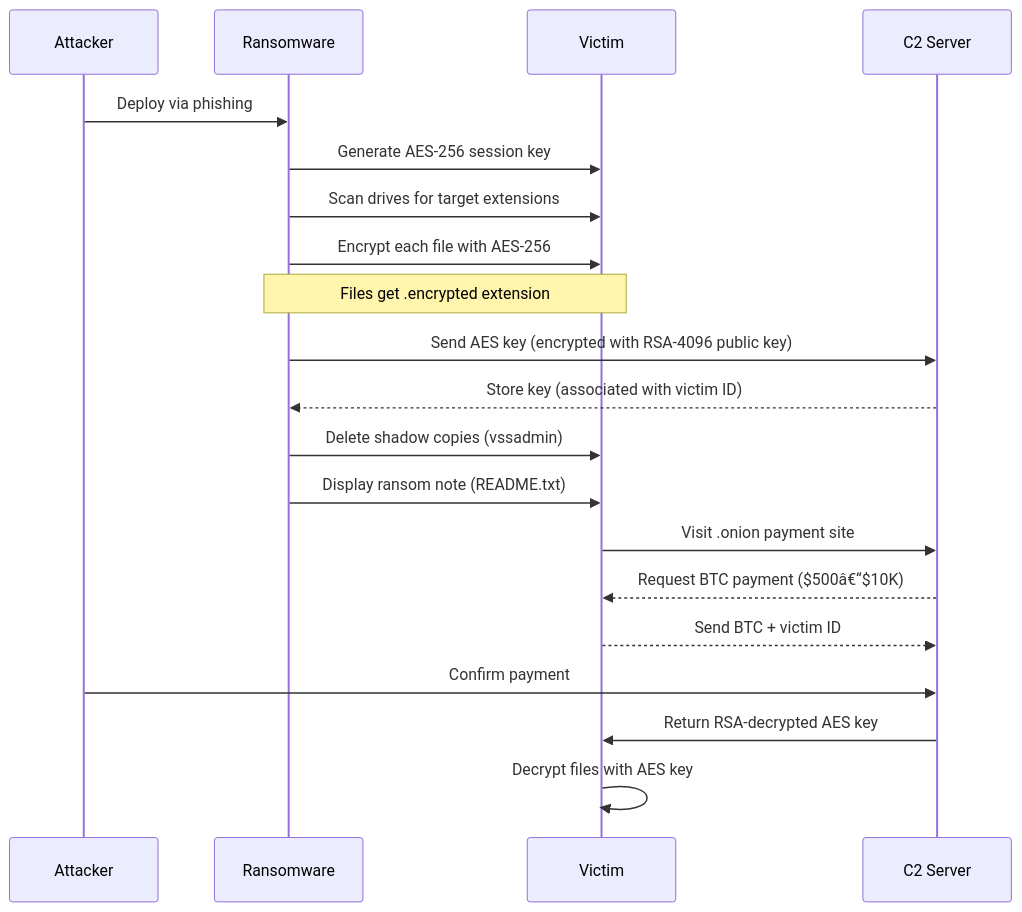
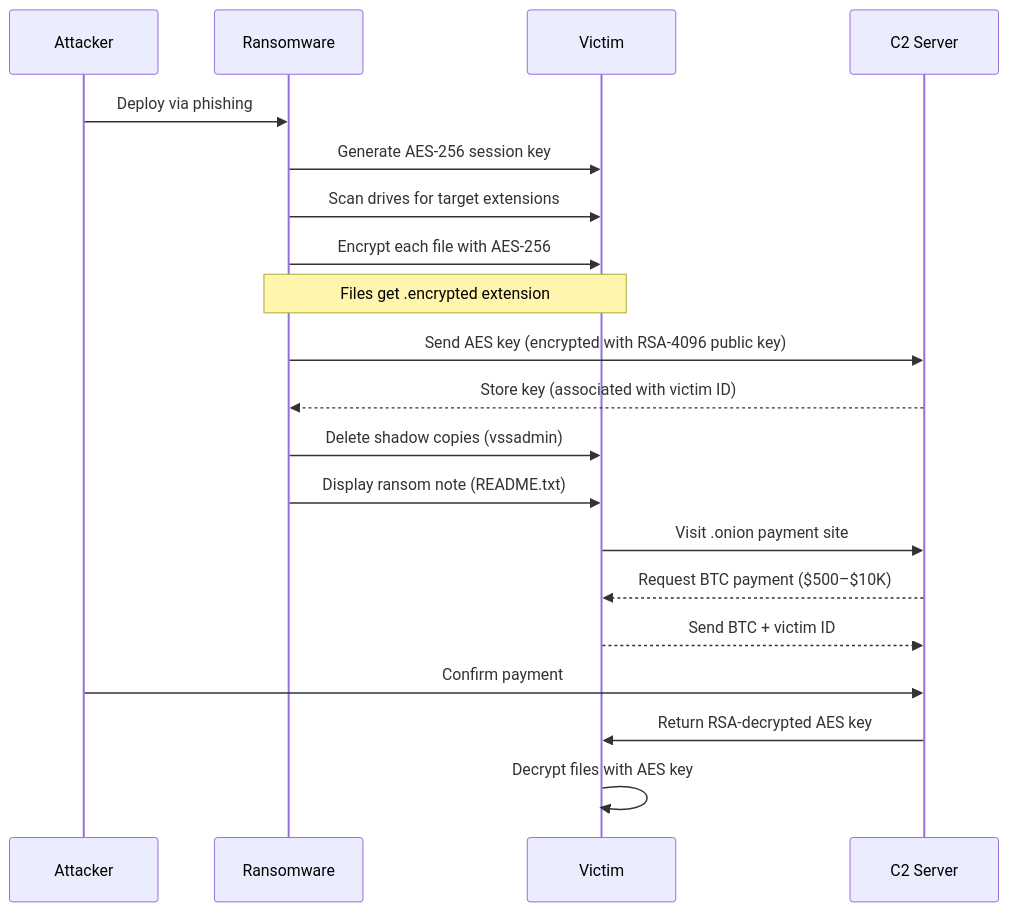
One commit to Raushan666java/ai-engineering-journey changed the fifth of 5 diagrams in site/docs/courses/cyber-security/04-system-software.md. Above: the diagram before and after it, drawn with Mermaid. The commit also changed other lines of this file and 495 other files, not shown here.

````diff
--- a/site/docs/courses/cyber-security/04-system-software.md
+++ b/site/docs/courses/cyber-security/04-system-software.md
@@ -3219,23 +3219,23 @@
 ```mermaid
 sequenceDiagram
     participant Attacker
     participant Ransomware
     participant Victim
     participant C2 Server
 
     Attacker->>Ransomware: Deploy via phishing
     Ransomware->>Victim: Generate AES-256 session key
     Ransomware->>Victim: Scan drives for target extensions
     Ransomware->>Victim: Encrypt each file with AES-256
     Note over Ransomware,Victim: Files get .encrypted extension
     Ransomware->>C2 Server: Send AES key (encrypted with RSA-4096 public key)
     C2 Server-->>Ransomware: Store key (associated with victim ID)
     Ransomware->>Victim: Delete shadow copies (vssadmin)
     Ransomware->>Victim: Display ransom note (README.txt)
     Victim->>C2 Server: Visit .onion payment site
-    C2 Server-->>Victim: Request BTC payment ($500â€“$10K)
+    C2 Server-->>Victim: Request BTC payment ($500–$10K)
     Victim-->>C2 Server: Send BTC + victim ID
     Attacker->>C2 Server: Confirm payment
     C2 Server->>Victim: Return RSA-decrypted AES key
     Victim->>Victim: Decrypt files with AES key
 ```
````
